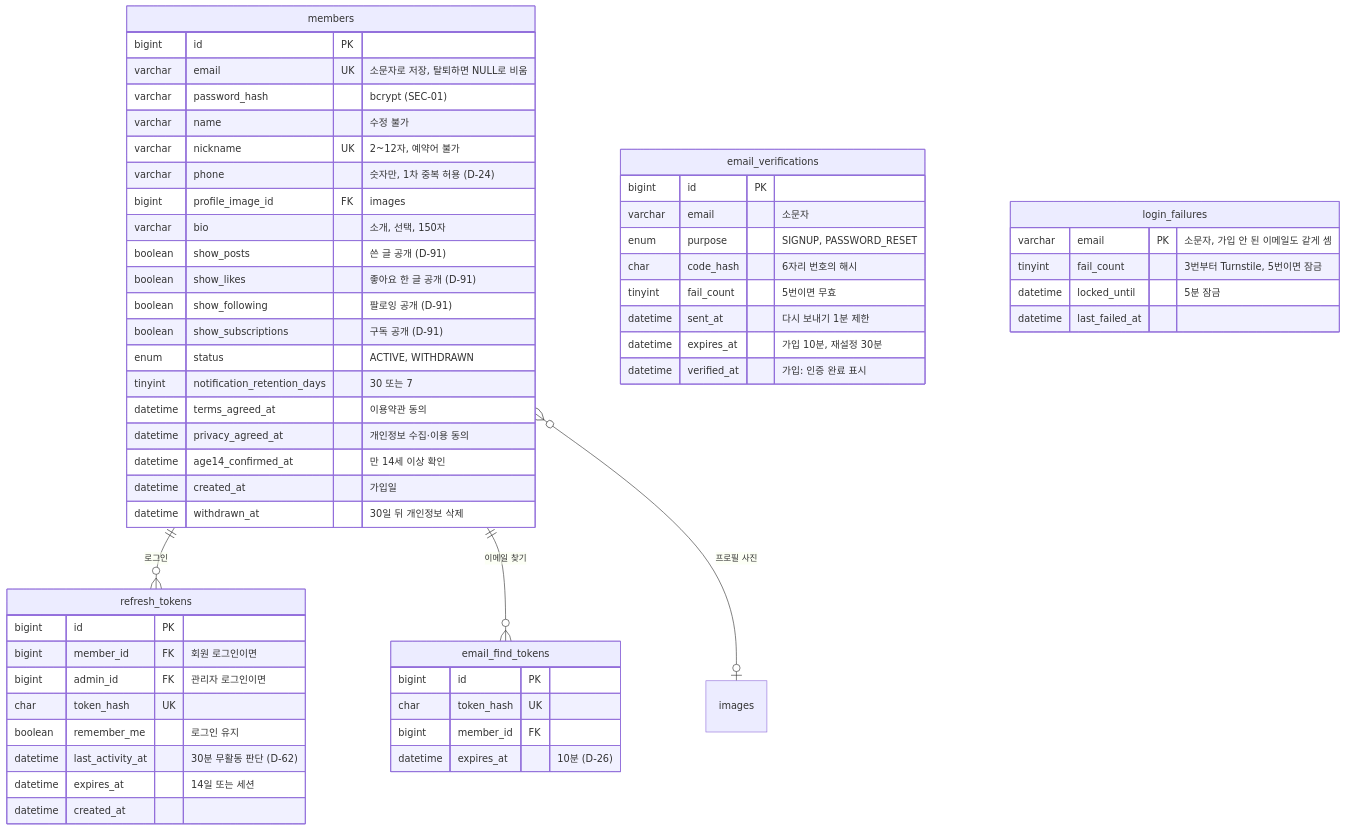
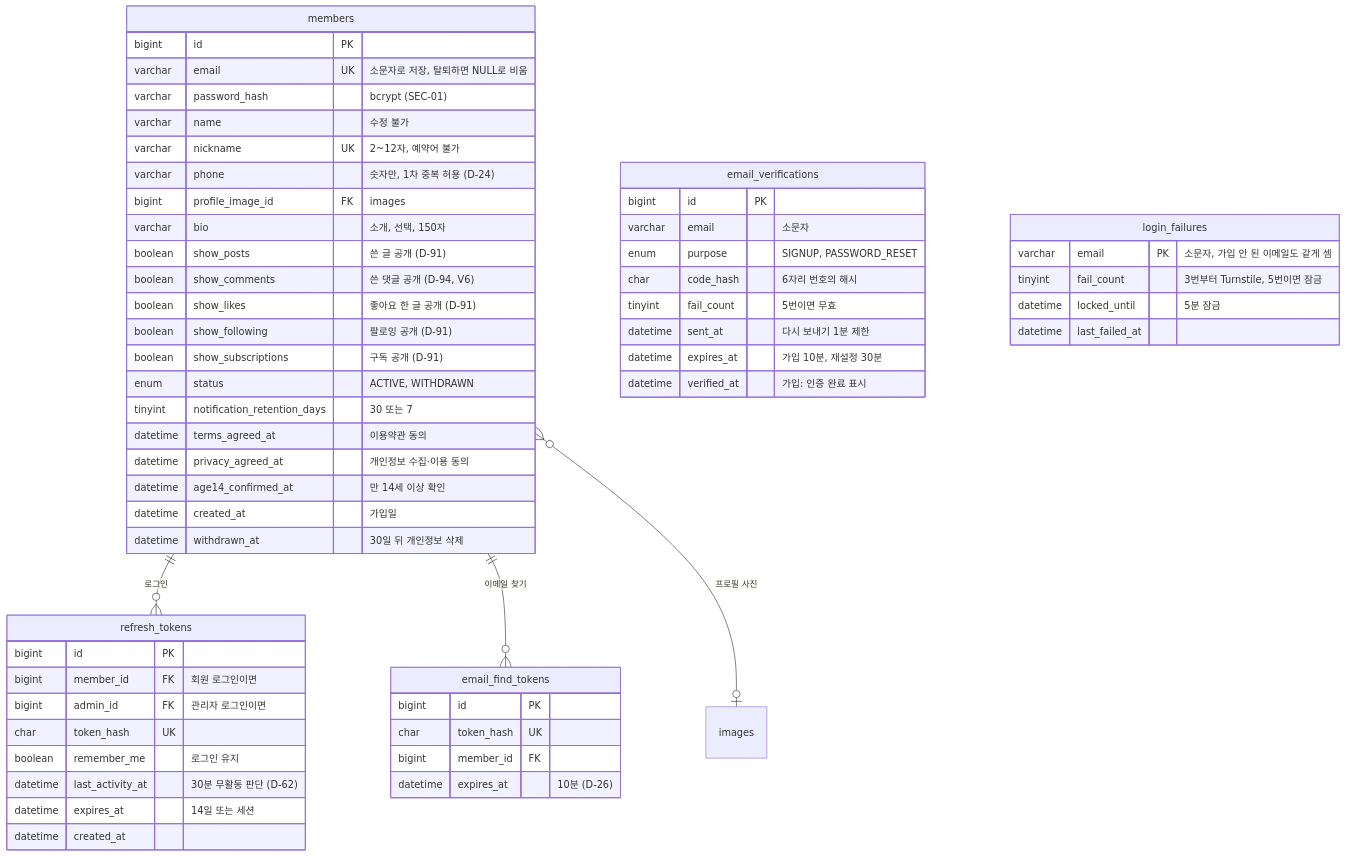
Before and after one commit to blogNM/blogproject: the second of 6 diagrams in docs/04-design/ERD.md, drawn with Mermaid. The commit also changed 14 other files, not shown here.

````diff
--- a/docs/04-design/ERD.md
+++ b/docs/04-design/ERD.md
@@ -48,60 +48,61 @@
 ```mermaid
 erDiagram
     members {
         bigint id PK
         varchar email UK "소문자로 저장, 탈퇴하면 NULL로 비움"
         varchar password_hash "bcrypt (SEC-01)"
         varchar name "수정 불가"
         varchar nickname UK "2~12자, 예약어 불가"
         varchar phone "숫자만, 1차 중복 허용 (D-24)"
         bigint profile_image_id FK "images"
         varchar bio "소개, 선택, 150자"
         boolean show_posts "쓴 글 공개 (D-91)"
+        boolean show_comments "쓴 댓글 공개 (D-94, V6)"
         boolean show_likes "좋아요 한 글 공개 (D-91)"
         boolean show_following "팔로잉 공개 (D-91)"
         boolean show_subscriptions "구독 공개 (D-91)"
         enum status "ACTIVE, WITHDRAWN"
         tinyint notification_retention_days "30 또는 7"
         datetime terms_agreed_at "이용약관 동의"
         datetime privacy_agreed_at "개인정보 수집·이용 동의"
         datetime age14_confirmed_at "만 14세 이상 확인"
         datetime created_at "가입일"
         datetime withdrawn_at "30일 뒤 개인정보 삭제"
     }
     email_verifications {
         bigint id PK
         varchar email "소문자"
         enum purpose "SIGNUP, PASSWORD_RESET"
         char code_hash "6자리 번호의 해시"
         tinyint fail_count "5번이면 무효"
         datetime sent_at "다시 보내기 1분 제한"
         datetime expires_at "가입 10분, 재설정 30분"
         datetime verified_at "가입: 인증 완료 표시"
     }
     email_find_tokens {
         bigint id PK
         char token_hash UK
         bigint member_id FK
         datetime expires_at "10분 (D-26)"
     }
     refresh_tokens {
         bigint id PK
         bigint member_id FK "회원 로그인이면"
         bigint admin_id FK "관리자 로그인이면"
         char token_hash UK
         boolean remember_me "로그인 유지"
         datetime last_activity_at "30분 무활동 판단 (D-62)"
         datetime expires_at "14일 또는 세션"
         datetime created_at
     }
     login_failures {
         varchar email PK "소문자, 가입 안 된 이메일도 같게 셈"
         tinyint fail_count "3번부터 Turnstile, 5번이면 잠금"
         datetime locked_until "5분 잠금"
         datetime last_failed_at
     }
 
     members ||--o{ refresh_tokens : "로그인"
     members ||--o{ email_find_tokens : "이메일 찾기"
     members }o--o| images : "프로필 사진"
 ```
````
